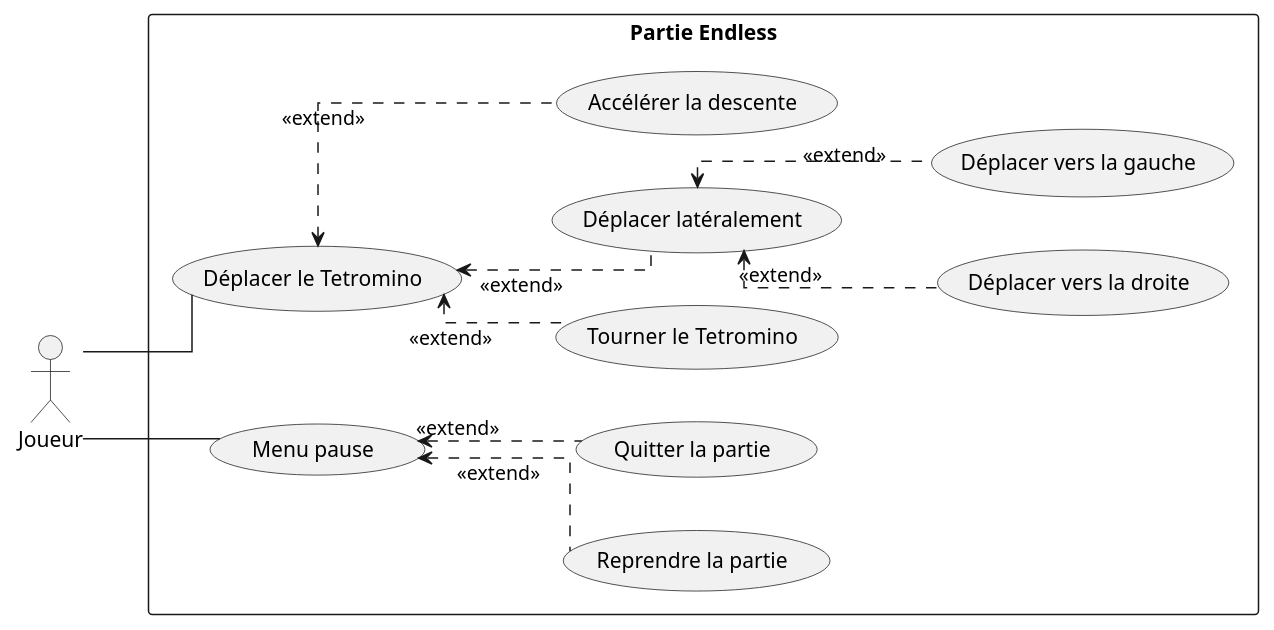
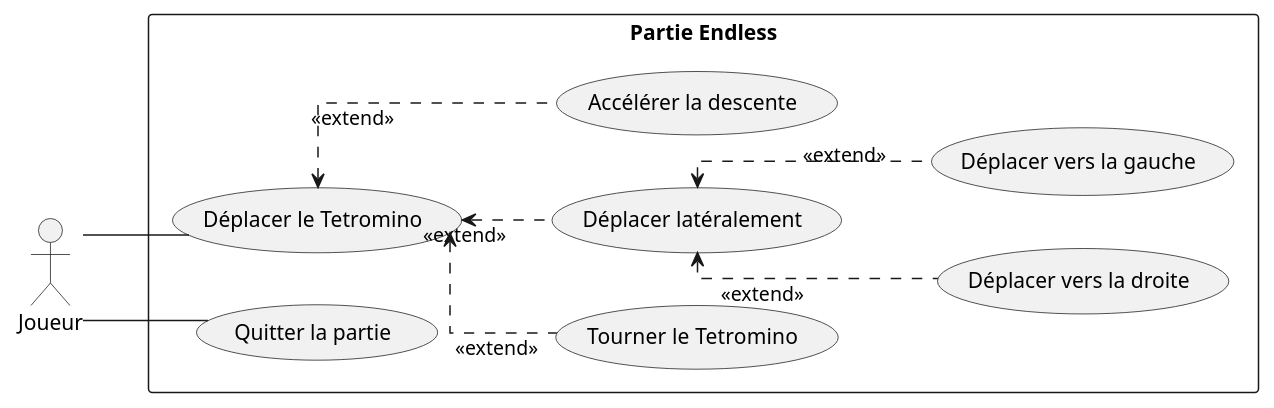
The diagram in doc/uml/usecase/en-jeu/EndlessUseCase.plantuml (ulb-info2-group5/Royal-Blocks), drawn with PlantUML before and after one commit. The commit also changed 74 other files, not shown here.

```diff
--- a/doc/uml/usecase/en-jeu/EndlessUseCase.plantuml
+++ b/doc/uml/usecase/en-jeu/EndlessUseCase.plantuml
@@ -1,40 +1,41 @@
 @startuml EndlessUseCase
 
 'Endless'
 ' NOTE: We could add "pause", "resume" & "stop game" in game menu
 
 left to right direction
 actor Joueur as player
 skinparam linetype ortho
 
 
 rectangle "Partie Endless" as game {
     '### Game Actions
     usecase "Déplacer le Tetromino" as move_piece
     usecase "Tourner le Tetromino" as rotate_piece
 
     '### move piece subcases NOTE: is "extends" the right keyword for this
     usecase "Déplacer latéralement" as lateral_movement
     usecase "Accélérer la descente" as increase_descent
     usecase "Déplacer vers la droite" as move_right
     usecase "Déplacer vers la gauche" as move_left
 
-    usecase "Menu pause" as pause_menu
-    usecase "Reprendre la partie" as resume_game
+    ' usecase "Menu pause" as pause_menu
+    ' usecase "Reprendre la partie" as resume_game
     usecase "Quitter la partie" as quit_game
 }
 
 player -- move_piece
-player -- pause_menu
+' player -- pause_menu
+player -- quit_game
 
 (move_piece) <-. (lateral_movement): <<extend>>
 (move_piece) <-. (increase_descent): <<extend>>
 (move_piece) <-. (rotate_piece): <<extend>>
 (lateral_movement) <-. (move_right): <<extend>>
 (lateral_movement) <-. (move_left): <<extend>>
 
-(pause_menu) <-. (resume_game): <<extend>>
-(pause_menu) <-. (quit_game): <<extend>>
+' (pause_menu) <-. (resume_game): <<extend>>
+' (pause_menu) <-. (quit_game): <<extend>>
 
 
 @enduml
```
